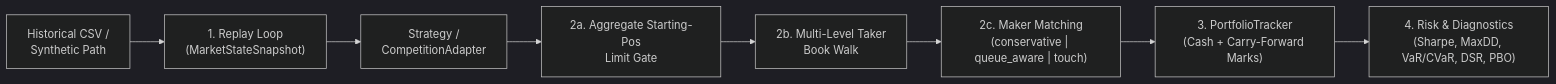
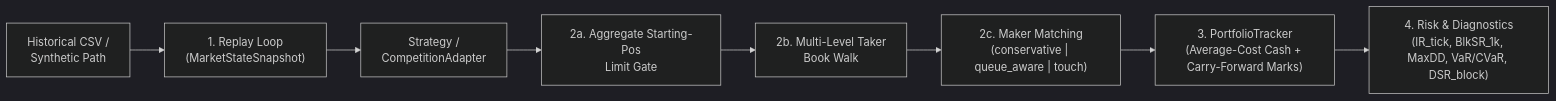
The diagram in docs/architecture/backtesting_engine.md (PerriPerriSauce/imc-prosperity-4-toolkit-writeup), drawn with Mermaid (dark theme) before and after one commit. The commit also changed other lines of this file and 135 other files, not shown here.

````diff
--- a/docs/architecture/backtesting_engine.md
+++ b/docs/architecture/backtesting_engine.md
@@ -7,10 +7,10 @@
 ```mermaid
 flowchart LR
     Data["Historical CSV /<br/>Synthetic Path"] --> Replay["1. Replay Loop<br/>(MarketStateSnapshot)"]
     Replay --> Strat["Strategy /<br/>CompetitionAdapter"]
     Strat --> Limits["2a. Aggregate Starting-Pos<br/>Limit Gate"]
     Limits --> Taker["2b. Multi-Level Taker<br/>Book Walk"]
     Taker --> Maker["2c. Maker Matching<br/>(conservative | queue_aware | touch)"]
-    Maker --> Port["3. PortfolioTracker<br/>(Cash + Carry-Forward Marks)"]
-    Port --> Metrics["4. Risk & Diagnostics<br/>(Sharpe, MaxDD, VaR/CVaR, DSR, PBO)"]
+    Maker --> Port["3. PortfolioTracker<br/>(Average-Cost Cash + Carry-Forward Marks)"]
+    Port --> Metrics["4. Risk & Diagnostics<br/>(IR_tick, BlkSR_1k, MaxDD, VaR/CVaR, DSR_block)"]
 ```
````
